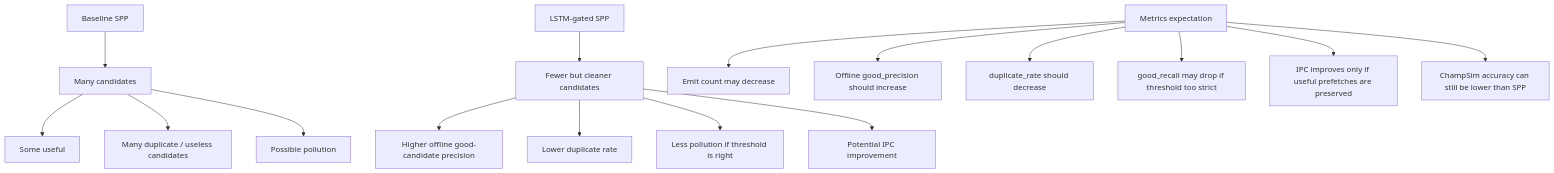
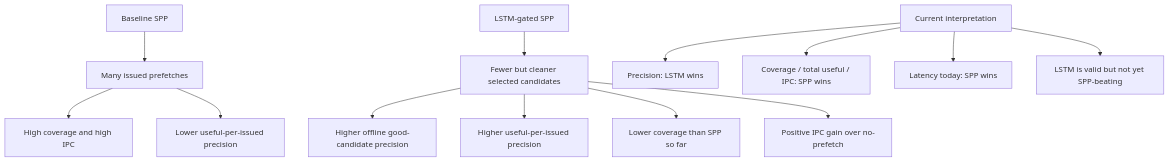
Before and after one commit to Angelawoo572/cache_arch: the seventh of 8 diagrams in formal_NN_training/LSTM_cache_action_pipeline_story.md, drawn with Mermaid. The commit also changed other lines of this file, not shown here.

Commit message:
Remove repeated accuracy table from LSTM story note

````diff
--- a/formal_NN_training/LSTM_cache_action_pipeline_story.md
+++ b/formal_NN_training/LSTM_cache_action_pipeline_story.md
@@ -309,20 +313,17 @@
 ```mermaid
 flowchart TD
-    A[Baseline SPP] --> A1[Many candidates]
-    A1 --> A2[Some useful]
-    A1 --> A3[Many duplicate / useless candidates]
-    A1 --> A4[Possible pollution]
+    A[Baseline SPP] --> A1[Many issued prefetches]
+    A1 --> A2[High coverage and high IPC]
+    A1 --> A3[Lower useful-per-issued precision]
 
-    B[LSTM-gated SPP] --> B1[Fewer but cleaner candidates]
+    B[LSTM-gated SPP] --> B1[Fewer but cleaner selected candidates]
     B1 --> B2[Higher offline good-candidate precision]
-    B1 --> B3[Lower duplicate rate]
-    B1 --> B4[Less pollution if threshold is right]
-    B1 --> B5[Potential IPC improvement]
+    B1 --> B3[Higher useful-per-issued precision]
+    B1 --> B4[Lower coverage than SPP so far]
+    B1 --> B5[Positive IPC gain over no-prefetch]
 
-    C[Metrics expectation] --> C1[Emit count may decrease]
-    C --> C2[Offline good_precision should increase]
-    C --> C3[duplicate_rate should decrease]
-    C --> C4[good_recall may drop if threshold too strict]
-    C --> C5[IPC improves only if useful prefetches are preserved]
-    C --> C6[ChampSim accuracy can still be lower than SPP]
+    C[Current interpretation] --> C1[Precision: LSTM wins]
+    C --> C2[Coverage / total useful / IPC: SPP wins]
+    C --> C3[Latency today: SPP wins]
+    C --> C4[LSTM is valid but not yet SPP-beating]
 ```
````
